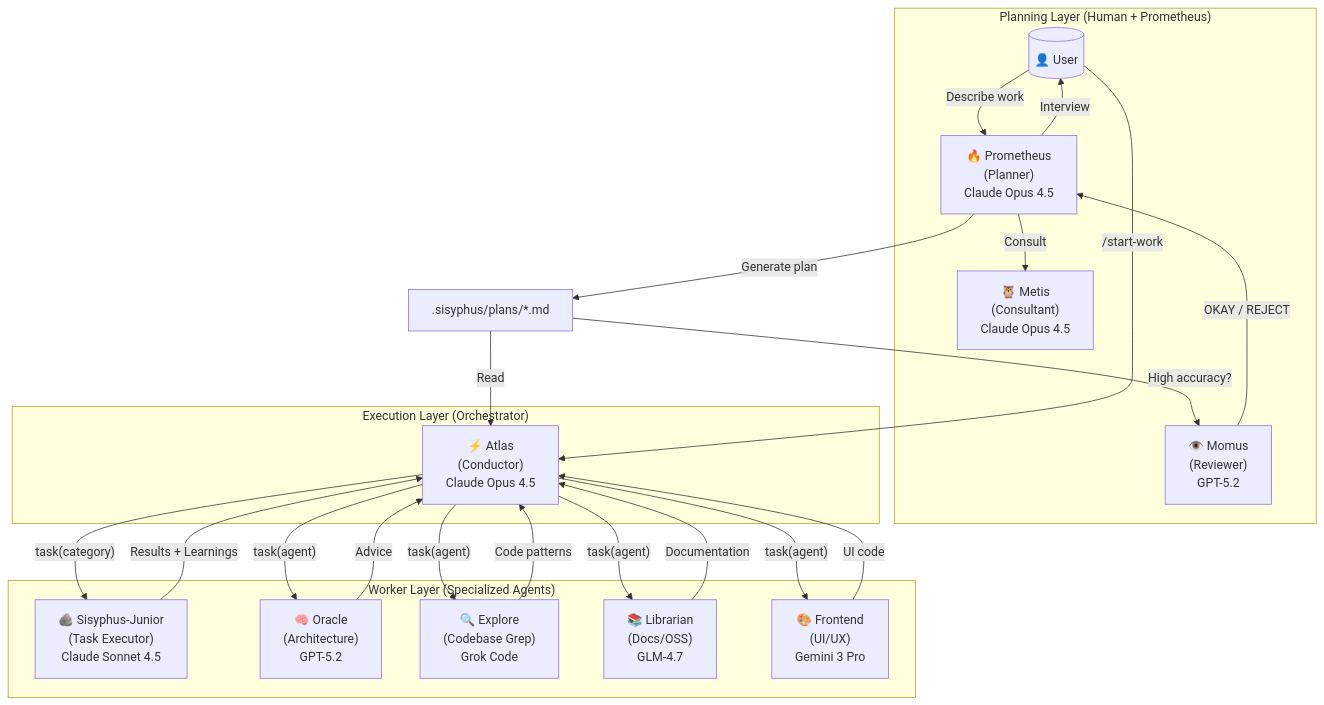
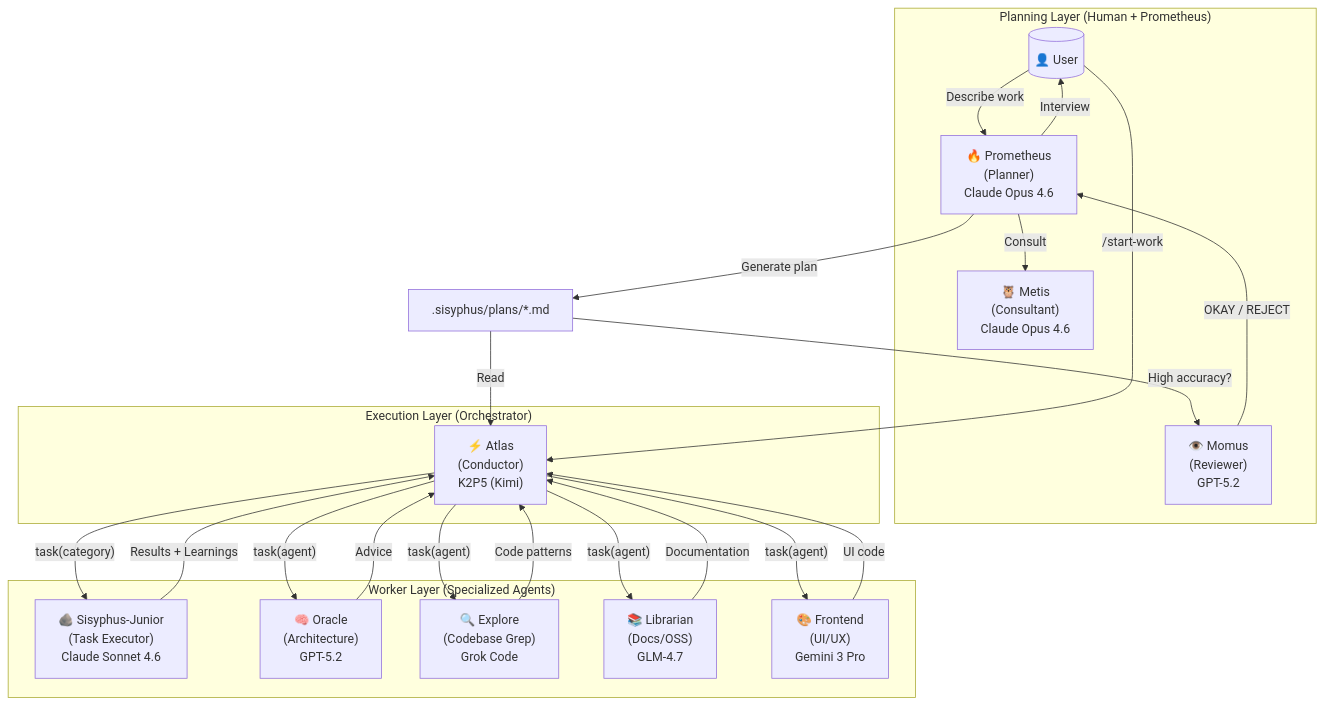
Before and after one commit to HsMirage/GodCode: the first of 4 diagrams in 参考项目/oh-my-opencode/docs/guide/understanding-orchestration-system.md, drawn with Mermaid. The commit also changed other lines of this file and 716 other files, not shown here.

````diff
--- a/参考项目/oh-my-opencode/docs/guide/understanding-orchestration-system.md
+++ b/参考项目/oh-my-opencode/docs/guide/understanding-orchestration-system.md
@@ -22,43 +22,43 @@
 ```mermaid
 flowchart TB
     subgraph Planning["Planning Layer (Human + Prometheus)"]
         User[("👤 User")]
-        Prometheus["🔥 Prometheus<br/>(Planner)<br/>Claude Opus 4.5"]
-        Metis["🦉 Metis<br/>(Consultant)<br/>Claude Opus 4.5"]
+        Prometheus["🔥 Prometheus<br/>(Planner)<br/>Claude Opus 4.6"]
+        Metis["🦉 Metis<br/>(Consultant)<br/>Claude Opus 4.6"]
         Momus["👁️ Momus<br/>(Reviewer)<br/>GPT-5.2"]
     end
     
     subgraph Execution["Execution Layer (Orchestrator)"]
-        Orchestrator["⚡ Atlas<br/>(Conductor)<br/>Claude Opus 4.5"]
+        Orchestrator["⚡ Atlas<br/>(Conductor)<br/>K2P5 (Kimi)"]
     end
     
     subgraph Workers["Worker Layer (Specialized Agents)"]
-        Junior["🪨 Sisyphus-Junior<br/>(Task Executor)<br/>Claude Sonnet 4.5"]
+        Junior["🪨 Sisyphus-Junior<br/>(Task Executor)<br/>Claude Sonnet 4.6"]
         Oracle["🧠 Oracle<br/>(Architecture)<br/>GPT-5.2"]
         Explore["🔍 Explore<br/>(Codebase Grep)<br/>Grok Code"]
         Librarian["📚 Librarian<br/>(Docs/OSS)<br/>GLM-4.7"]
         Frontend["🎨 Frontend<br/>(UI/UX)<br/>Gemini 3 Pro"]
     end
     
     User -->|"Describe work"| Prometheus
     Prometheus -->|"Consult"| Metis
     Prometheus -->|"Interview"| User
     Prometheus -->|"Generate plan"| Plan[".sisyphus/plans/*.md"]
     Plan -->|"High accuracy?"| Momus
     Momus -->|"OKAY / REJECT"| Prometheus
     
     User -->|"/start-work"| Orchestrator
     Plan -->|"Read"| Orchestrator
     
     Orchestrator -->|"task(category)"| Junior
     Orchestrator -->|"task(agent)"| Oracle
     Orchestrator -->|"task(agent)"| Explore
     Orchestrator -->|"task(agent)"| Librarian
     Orchestrator -->|"task(agent)"| Frontend
     
     Junior -->|"Results + Learnings"| Orchestrator
     Oracle -->|"Advice"| Orchestrator
     Explore -->|"Code patterns"| Orchestrator
     Librarian -->|"Documentation"| Orchestrator
     Frontend -->|"UI code"| Orchestrator
 ```
````
